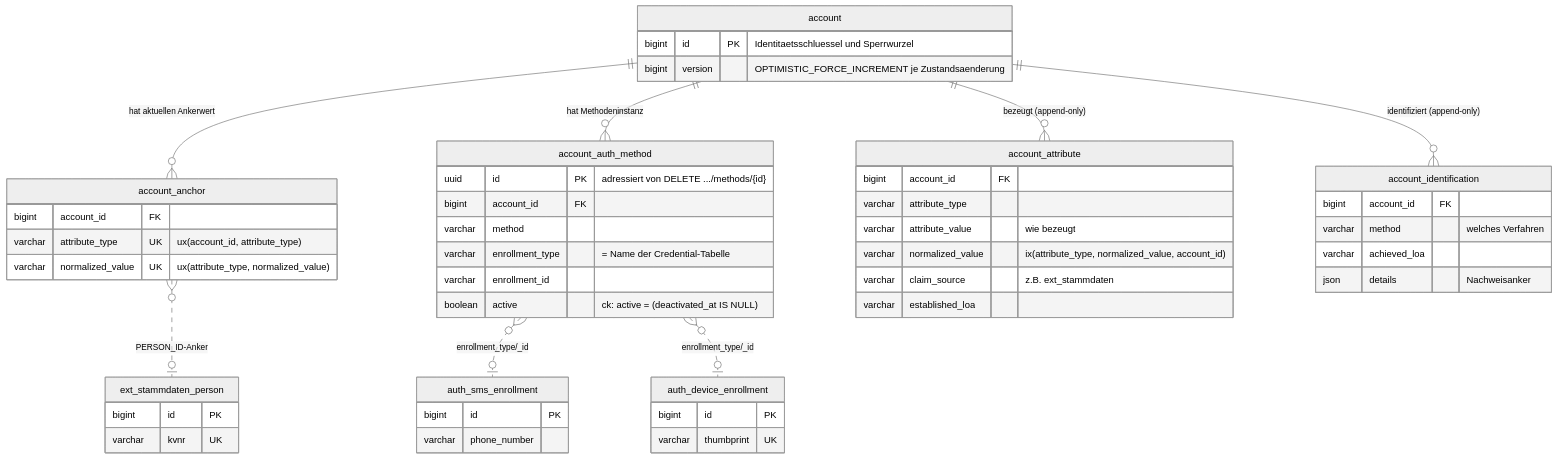
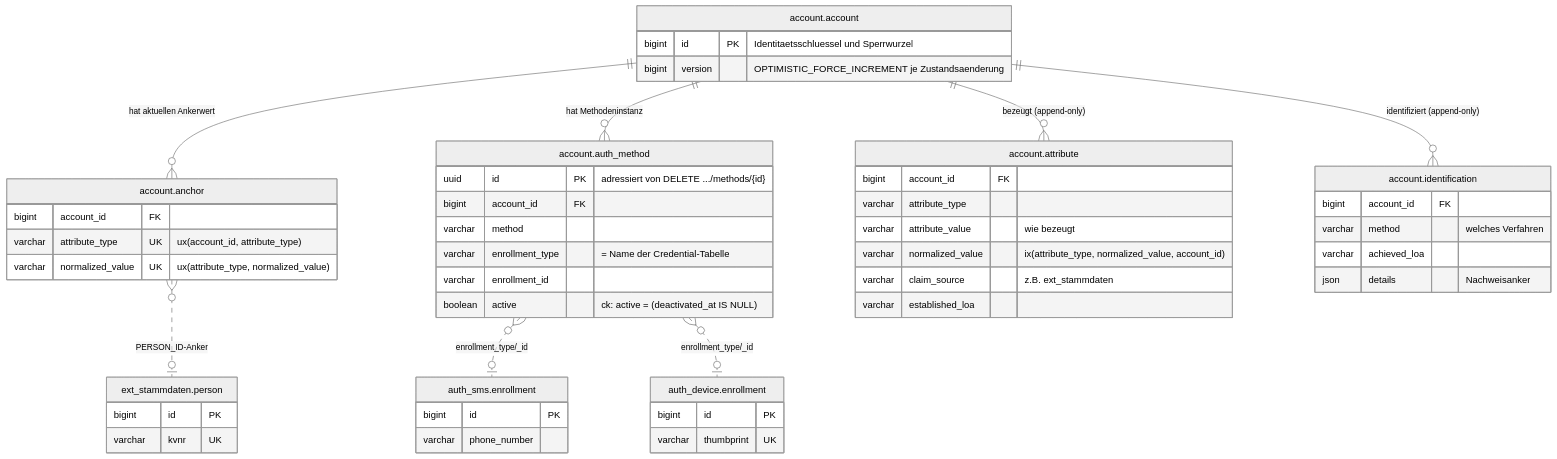
Before and after one commit to rpreissel/DPoP-demo: the fourth of 5 diagrams in docs/02-domaenenmodell.md, drawn with Mermaid (neutral theme). The commit also changed other lines of this file and 108 other files, not shown here.

First line of the commit message:
refactor: ein Datenbankschema je Modul statt Tabellenpraefix

````diff
--- a/docs/02-domaenenmodell.md
+++ b/docs/02-domaenenmodell.md
@@ -168,54 +171,54 @@
 ```mermaid
 erDiagram
-  account ||--o{ account_anchor : "hat aktuellen Ankerwert"
-  account ||--o{ account_auth_method : "hat Methodeninstanz"
-  account ||--o{ account_attribute : "bezeugt (append-only)"
-  account ||--o{ account_identification : "identifiziert (append-only)"
-  account_auth_method }o..o| auth_sms_enrollment : "enrollment_type/_id"
-  account_auth_method }o..o| auth_device_enrollment : "enrollment_type/_id"
-  account_anchor }o..o| ext_stammdaten_person : "PERSON_ID-Anker"
+  account.account ||--o{ account.anchor : "hat aktuellen Ankerwert"
+  account.account ||--o{ account.auth_method : "hat Methodeninstanz"
+  account.account ||--o{ account.attribute : "bezeugt (append-only)"
+  account.account ||--o{ account.identification : "identifiziert (append-only)"
+  account.auth_method }o..o| auth_sms.enrollment : "enrollment_type/_id"
+  account.auth_method }o..o| auth_device.enrollment : "enrollment_type/_id"
+  account.anchor }o..o| ext_stammdaten.person : "PERSON_ID-Anker"
 
-  account {
+  account.account {
     bigint id PK "Identitaetsschluessel und Sperrwurzel"
     bigint version "OPTIMISTIC_FORCE_INCREMENT je Zustandsaenderung"
   }
-  account_anchor {
+  account.anchor {
     bigint account_id FK
     varchar attribute_type UK "ux(account_id, attribute_type)"
     varchar normalized_value UK "ux(attribute_type, normalized_value)"
   }
-  account_auth_method {
+  account.auth_method {
     uuid id PK "adressiert von DELETE .../methods/{id}"
     bigint account_id FK
     varchar method
     varchar enrollment_type "= Name der Credential-Tabelle"
     varchar enrollment_id
     boolean active "ck: active = (deactivated_at IS NULL)"
   }
-  account_attribute {
+  account.attribute {
     bigint account_id FK
     varchar attribute_type
     varchar attribute_value "wie bezeugt"
     varchar normalized_value "ix(attribute_type, normalized_value, account_id)"
     varchar claim_source "z.B. ext_stammdaten"
     varchar established_loa
   }
-  account_identification {
+  account.identification {
     bigint account_id FK
     varchar method "welches Verfahren"
     varchar achieved_loa
     json details "Nachweisanker"
   }
-  auth_sms_enrollment {
+  auth_sms.enrollment {
     bigint id PK
     varchar phone_number
   }
-  auth_device_enrollment {
+  auth_device.enrollment {
     bigint id PK
     varchar thumbprint UK
   }
-  ext_stammdaten_person {
+  ext_stammdaten.person {
     bigint id PK
     varchar kvnr UK
   }
 ```
````
